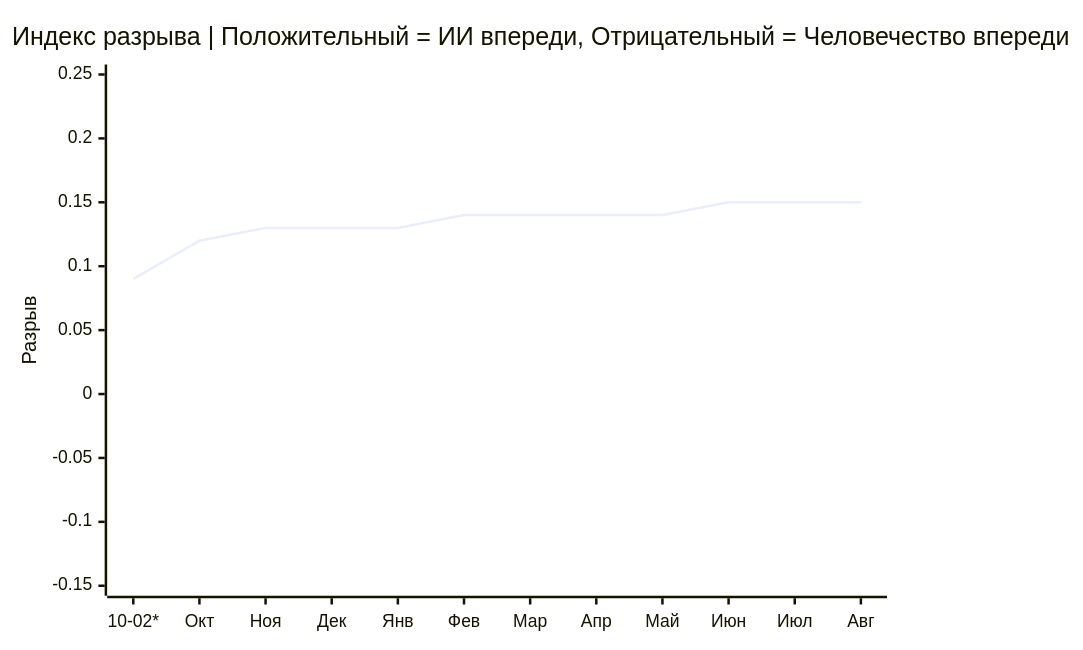
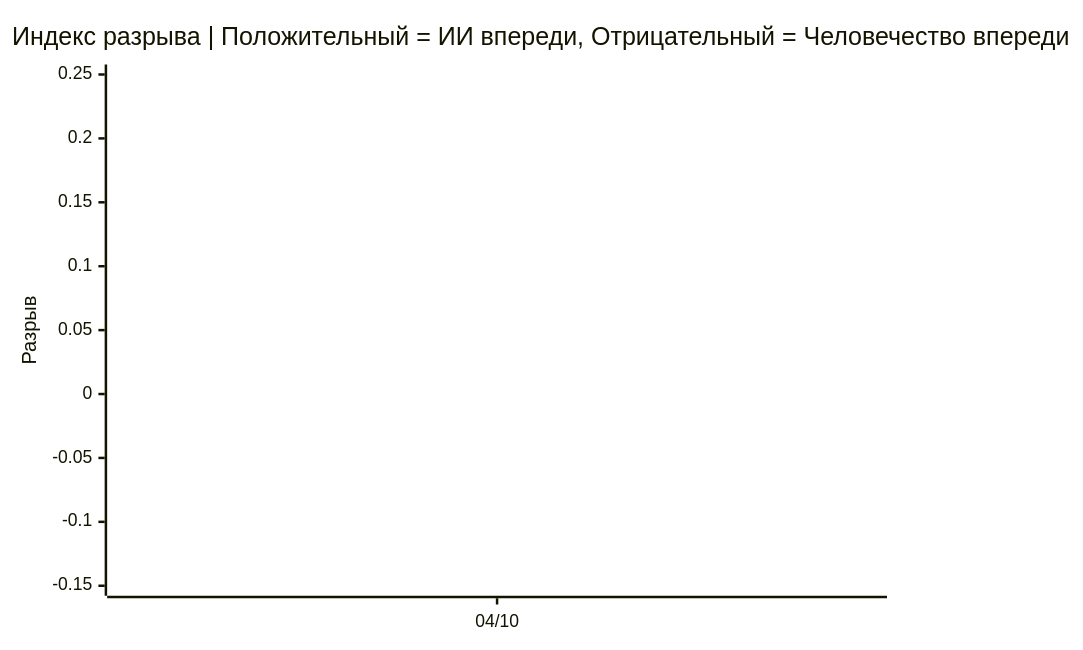
Before and after one commit to VQQLK/Human-AI-Monitor: the second of 2 diagrams in README.ru.md, drawn with Mermaid. The commit also changed other lines of this file and 4 other files, not shown here.

First line of the commit message:
feat(readme): history-based charts + /gap-history endpoint (#27)

````diff
--- a/README.ru.md
+++ b/README.ru.md
@@ -43,7 +42,7 @@
 ```mermaid
 xychart-beta
     title "Индекс разрыва | Положительный = ИИ впереди, Отрицательный = Человечество впереди"
-    x-axis ["10-02*", "Окт", "Ноя", "Дек", "Янв", "Фев", "Мар", "Апр", "Май", "Июн", "Июл", "Авг"]
+    x-axis ["04/10"]
     y-axis "Разрыв" -0.15 --> 0.25
-    line [0.09, 0.12, 0.13, 0.13, 0.13, 0.14, 0.14, 0.14, 0.14, 0.15, 0.15, 0.15]
+    line [0.09]
 ```
````
